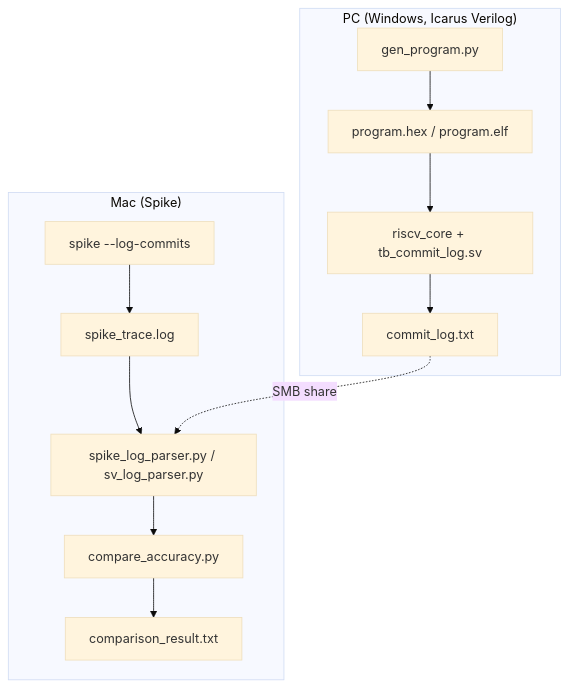
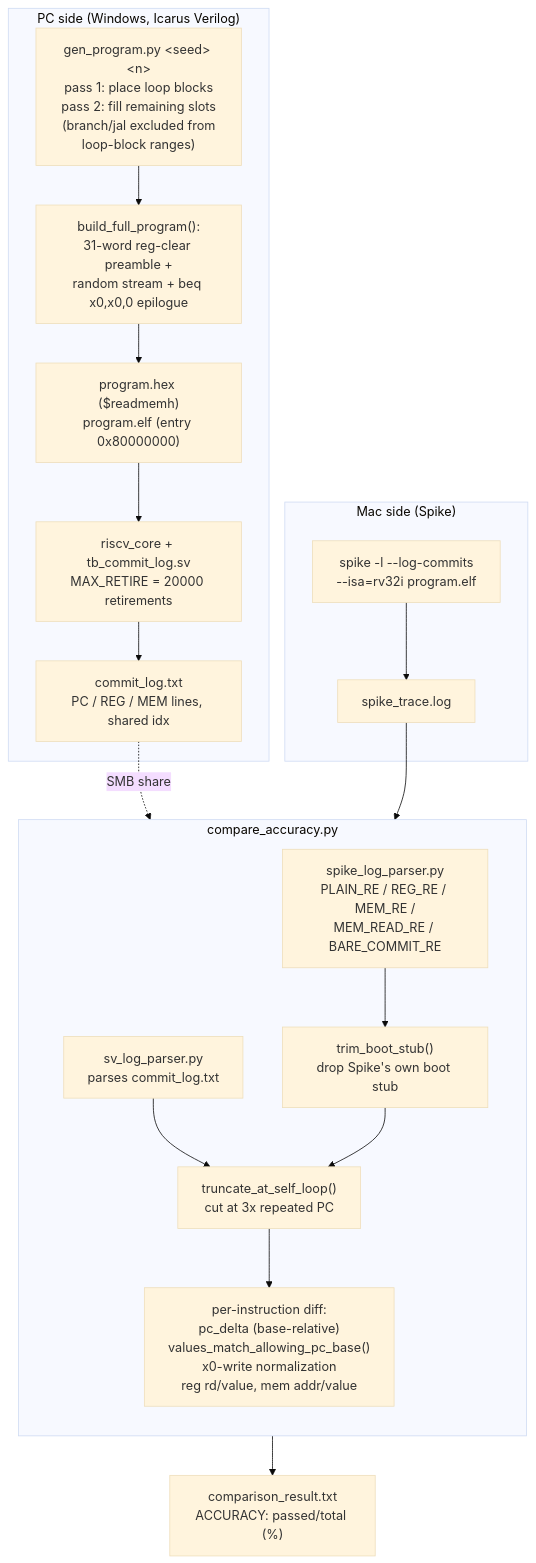
Before and after one commit to AlanGabriel-CS/RISC-V-PIPELINE-SIM: the second of 2 diagrams in README.md, drawn with Mermaid (base theme). The commit also changed other lines of this file, not shown here.

Commit message:
Make README diagrams significantly more detailed and RTL-accurate

````diff
--- a/README.md
+++ b/README.md
@@ -93,15 +233,35 @@
 ```mermaid
 flowchart TB
-    subgraph PC["PC (Windows, Icarus Verilog)"]
-        GEN[gen_program.py] --> HEX["program.hex / program.elf"]
-        HEX --> SIM["riscv_core + tb_commit_log.sv"]
-        SIM --> CL["commit_log.txt"]
+    subgraph PCSIDE["PC side (Windows, Icarus Verilog)"]
+        GEN["gen_program.py &lt;seed&gt; &lt;n&gt;<br/>pass 1: place loop blocks<br/>pass 2: fill remaining slots<br/>(branch/jal excluded from<br/>loop-block ranges)"]
+        BUILD["build_full_program():<br/>31-word reg-clear preamble +<br/>random stream + beq x0,x0,0 epilogue"]
+        OUT["program.hex ($readmemh)<br/>program.elf (entry 0x80000000)"]
+        SIM["riscv_core + tb_commit_log.sv<br/>MAX_RETIRE = 20000 retirements"]
+        CL["commit_log.txt<br/>PC / REG / MEM lines, shared idx"]
+        GEN --> BUILD --> OUT --> SIM --> CL
     end
-    subgraph MAC["Mac (Spike)"]
-        SPK["spike --log-commits"] --> ST["spike_trace.log"]
-        ST --> PARSE["spike_log_parser.py / sv_log_parser.py"]
-        CL -.SMB share.-> PARSE
-        PARSE --> CMP["compare_accuracy.py"]
-        CMP --> RES["comparison_result.txt"]
+
+    subgraph MACSIDE["Mac side (Spike)"]
+        SPK["spike -l --log-commits<br/>--isa=rv32i program.elf"]
+        ST["spike_trace.log"]
+        SPK --> ST
     end
+
+    CL -.SMB share.-> COMPARE
+    ST --> COMPARE
+
+    subgraph COMPARE["compare_accuracy.py"]
+        direction TB
+        SLOG["spike_log_parser.py<br/>PLAIN_RE / REG_RE / MEM_RE /<br/>MEM_READ_RE / BARE_COMMIT_RE"]
+        SVLOG["sv_log_parser.py<br/>parses commit_log.txt"]
+        TRIM["trim_boot_stub()<br/>drop Spike's own boot stub"]
+        TRUNC["truncate_at_self_loop()<br/>cut at 3x repeated PC"]
+        DIFF["per-instruction diff:<br/>pc_delta (base-relative)<br/>values_match_allowing_pc_base()<br/>x0-write normalization<br/>reg rd/value, mem addr/value"]
+        SLOG --> TRIM
+        SVLOG --> TRUNC
+        TRIM --> TRUNC
+        TRUNC --> DIFF
+    end
+
+    DIFF --> RES["comparison_result.txt<br/>ACCURACY: passed/total (%)"]
 ```
````
